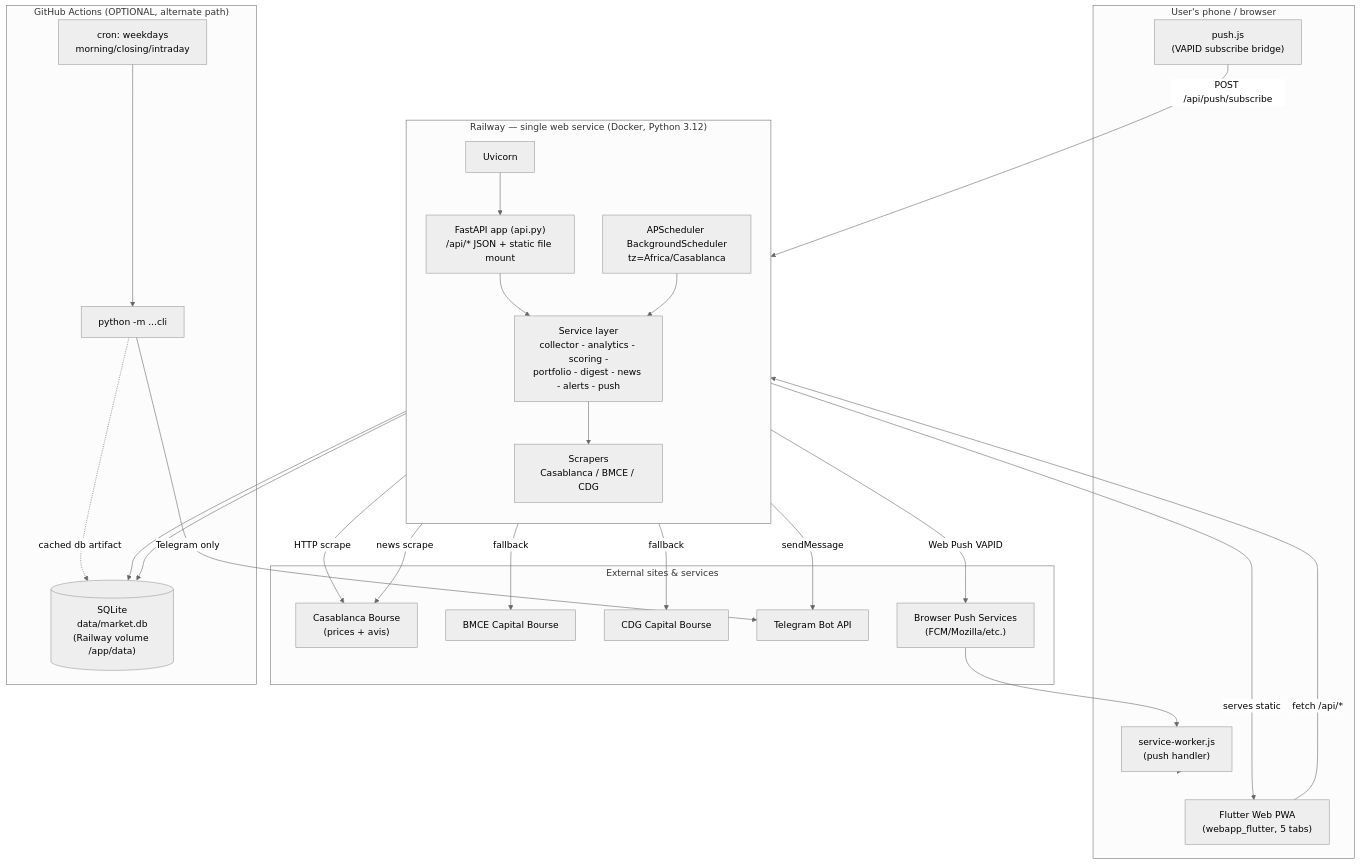
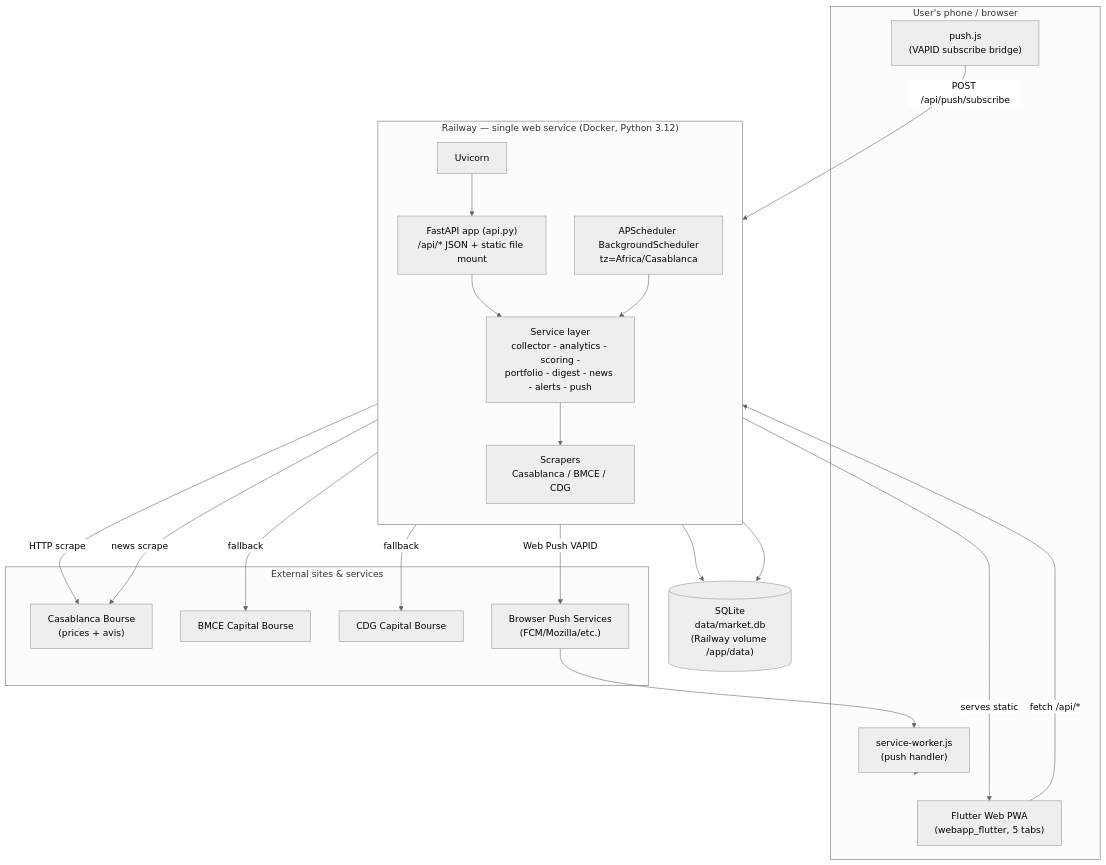
One commit to OussamaHm12/bourse-alerts changed the diagram in HANDOVER.md. Above: the diagram before and after it, drawn with Mermaid (neutral theme). The commit also changed other lines of this file and 27 other files, not shown here.

First line of the commit message:
refactor: remove Telegram; the app is the only notification channel

````diff
--- a/HANDOVER.md
+++ b/HANDOVER.md
@@ -118,54 +115,44 @@
 ```mermaid
 flowchart TB
   subgraph Client["User's phone / browser"]
     PWA["Flutter Web PWA<br/>(webapp_flutter, 5 tabs)"]
     SW["service-worker.js<br/>(push handler)"]
     PUSHJS["push.js<br/>(VAPID subscribe bridge)"]
   end
 
   subgraph Railway["Railway — single web service (Docker, Python 3.12)"]
     direction TB
     UV["Uvicorn"]
     API["FastAPI app (api.py)<br/>/api/* JSON + static file mount"]
     SCHED["APScheduler BackgroundScheduler<br/>tz=Africa/Casablanca"]
     SVC["Service layer<br/>collector - analytics - scoring -<br/>portfolio - digest - news - alerts - push"]
     SCR["Scrapers<br/>Casablanca / BMCE / CDG"]
     UV --> API
     API -->|serves static| PWA
     API --> SVC
     SCHED --> SVC
     SVC --> SCR
   end
 
   DB[("SQLite<br/>data/market.db<br/>(Railway volume /app/data)")]
   SVC --> DB
   API --> DB
 
   subgraph External["External sites & services"]
     CB["Casablanca Bourse<br/>(prices + avis)"]
     BMCE["BMCE Capital Bourse"]
     CDG["CDG Capital Bourse"]
-    TG["Telegram Bot API"]
     WP["Browser Push Services<br/>(FCM/Mozilla/etc.)"]
   end
 
   SCR -->|HTTP scrape| CB
   SCR -->|fallback| BMCE
   SCR -->|fallback| CDG
   SVC -->|news scrape| CB
-  SVC -->|sendMessage| TG
   SVC -->|Web Push VAPID| WP
   WP --> SW
   SW --> Client
   PUSHJS -->|POST /api/push/subscribe| API
 
-  subgraph GH["GitHub Actions (OPTIONAL, alternate path)"]
-    CRON["cron: weekdays<br/>morning/closing/intraday"]
-    CLI["python -m ...cli <mode>"]
-    CRON --> CLI
-    CLI -->|Telegram only| TG
-    CLI -.->|cached db artifact| DB
-  end
-
   PWA -->|fetch /api/*| API
 ```
````
